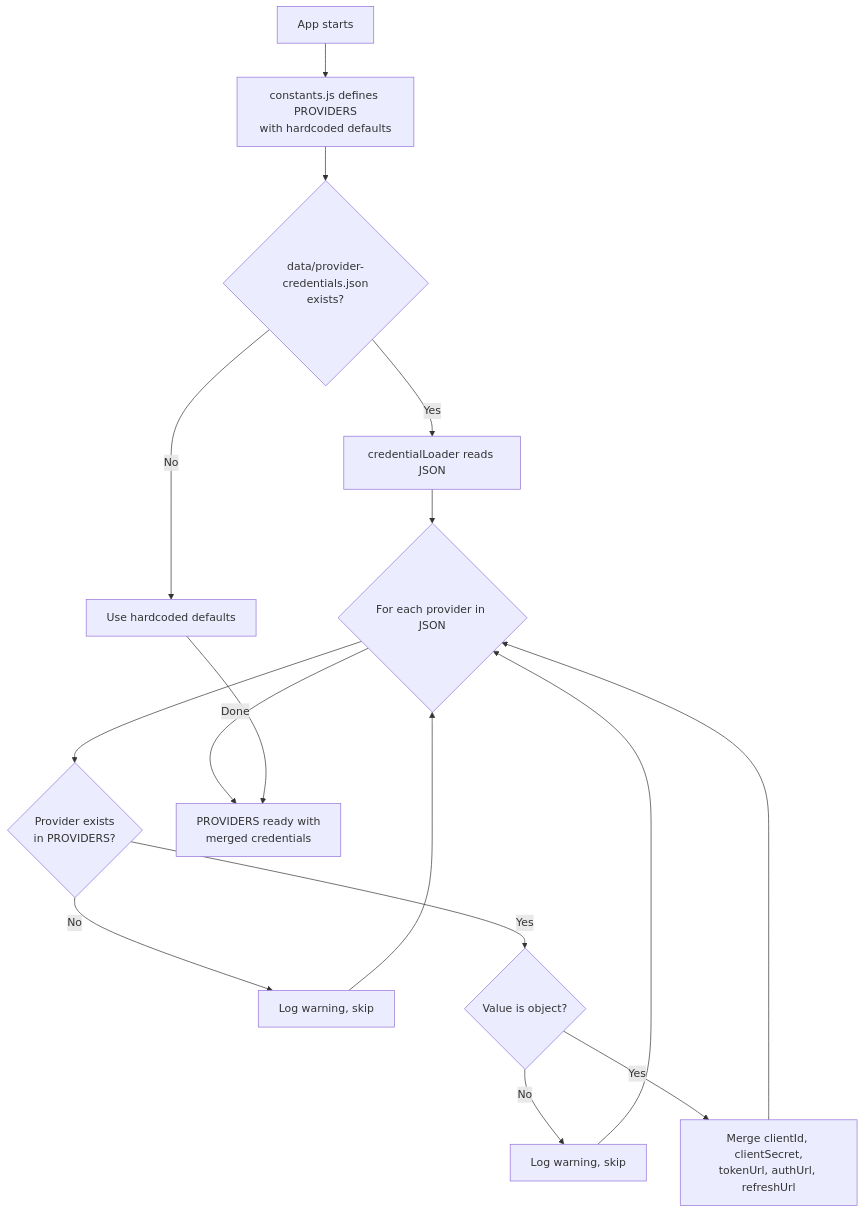
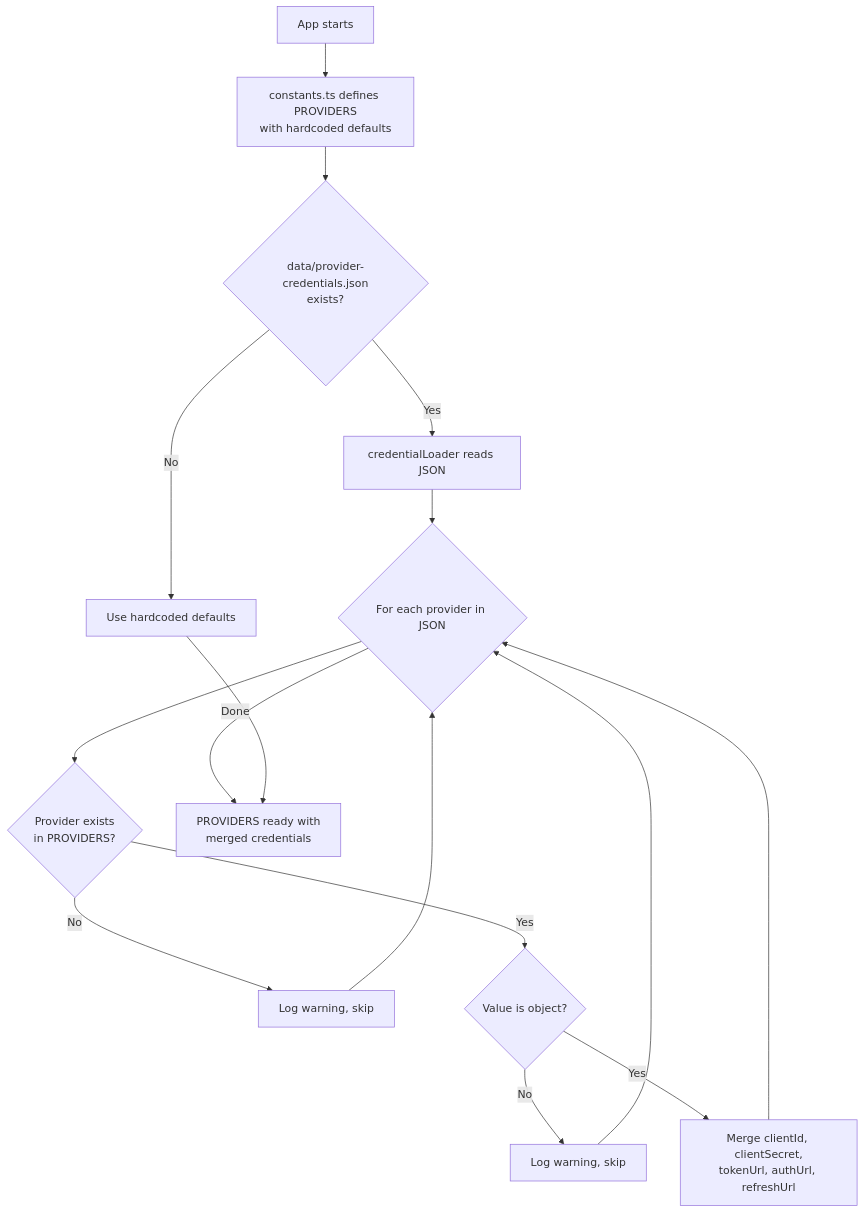
Before and after one commit to diegosouzapw/OmniRoute: the second of 12 diagrams in docs/CODEBASE_DOCUMENTATION.md, drawn with Mermaid. The commit also changed other lines of this file and 3 other files, not shown here.

````diff
--- a/docs/CODEBASE_DOCUMENTATION.md
+++ b/docs/CODEBASE_DOCUMENTATION.md
@@ -122,18 +122,18 @@
 ```mermaid
 flowchart TD
-    A["App starts"] --> B["constants.js defines PROVIDERS\nwith hardcoded defaults"]
+    A["App starts"] --> B["constants.ts defines PROVIDERS\nwith hardcoded defaults"]
     B --> C{"data/provider-credentials.json\nexists?"}
     C -->|Yes| D["credentialLoader reads JSON"]
     C -->|No| E["Use hardcoded defaults"]
     D --> F{"For each provider in JSON"}
     F --> G{"Provider exists\nin PROVIDERS?"}
     G -->|No| H["Log warning, skip"]
     G -->|Yes| I{"Value is object?"}
     I -->|No| J["Log warning, skip"]
     I -->|Yes| K["Merge clientId, clientSecret,\ntokenUrl, authUrl, refreshUrl"]
     K --> F
     H --> F
     J --> F
     F -->|Done| L["PROVIDERS ready with\nmerged credentials"]
     E --> L
 ```
````
